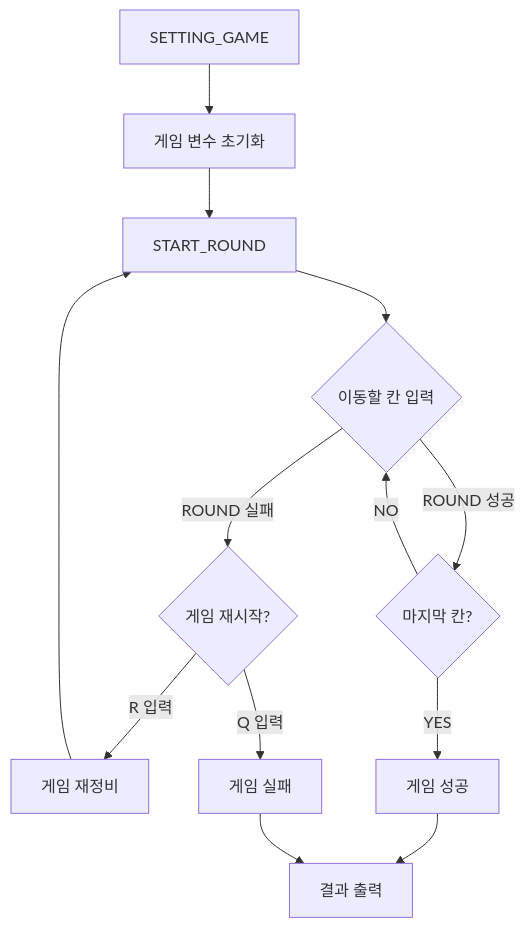
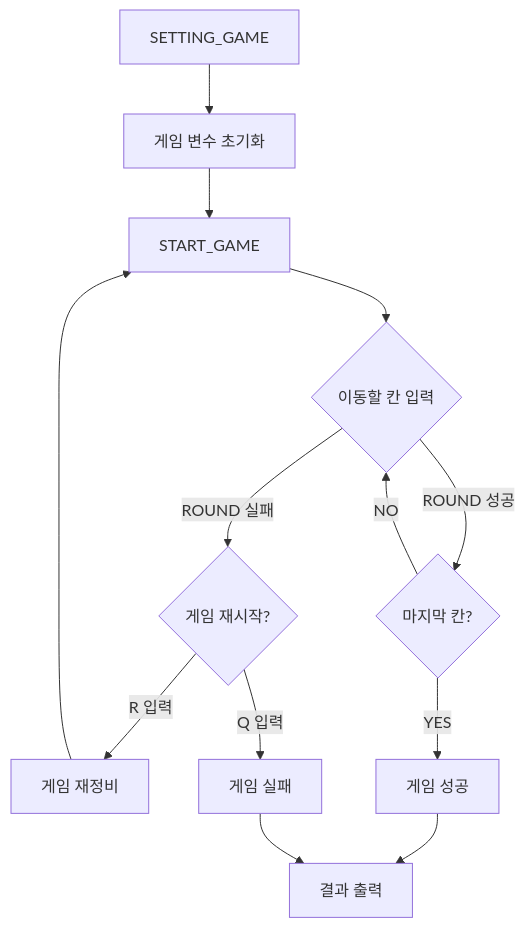
One commit to woowacourse-precourse/java-bridge changed the diagram in README.md. Above: the diagram before and after it, drawn with Mermaid. The commit also changed 6 other files, not shown here.

````diff
--- a/README.md
+++ b/README.md
@@ -3,15 +3,15 @@
 ```mermaid
 graph TD
 A[SETTING_GAME] --> B[게임 변수 초기화]
-B --> C[START_ROUND]
+B --> C[START_GAME]
 C --> D{이동할 칸 입력}
 D --> |ROUND 성공| E{마지막 칸?}
 E --> |NO| D
 D --> |ROUND 실패| F{게임 재시작?}
 F --> |R 입력| G[게임 재정비]
 G --> C
 E --> |YES| H[게임 성공]
 F --> |Q 입력| I[게임 실패]
 H --> Z[결과 출력]
 I --> Z
 ```
````
